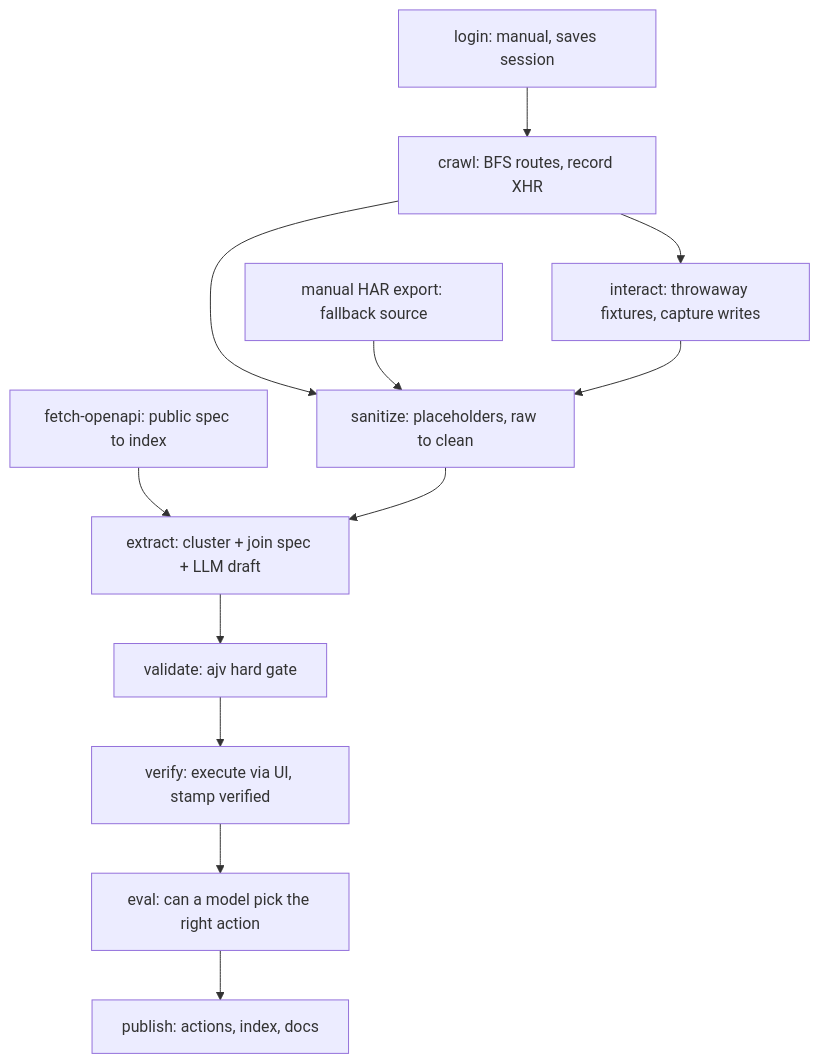
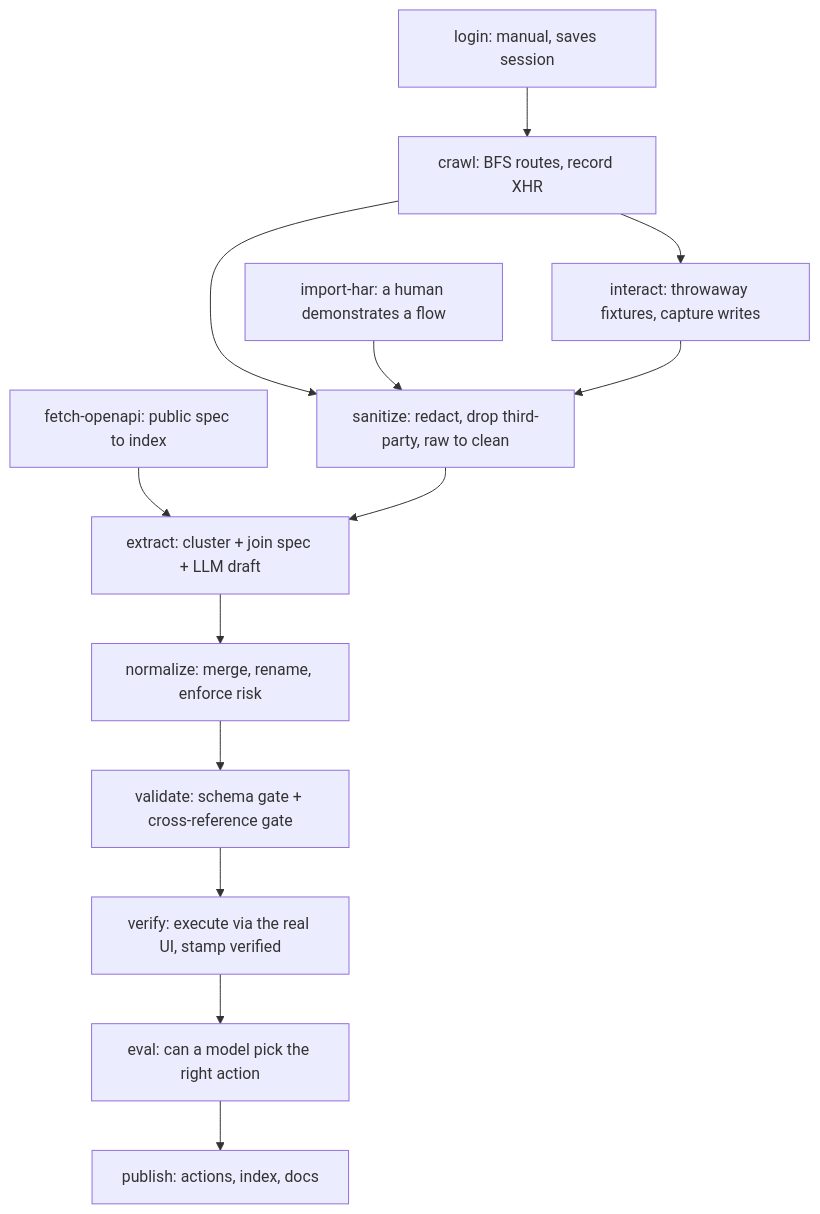
Before and after one commit to WeineOlliver/brevo-agent-catalog: the diagram in README.md, drawn with Mermaid. The commit also changed other lines of this file and 2 other files, not shown here.

````diff
--- a/README.md
+++ b/README.md
@@ -102,15 +128,16 @@
 ```mermaid
 flowchart TD
     S0[fetch-openapi: public spec to index] --> S4
     S1[login: manual, saves session] --> S2
     S2[crawl: BFS routes, record XHR] --> S3
-    H[manual HAR export: fallback source] --> S3
+    H[import-har: a human demonstrates a flow] --> S3
     S2 --> I[interact: throwaway fixtures, capture writes]
     I --> S3
-    S3[sanitize: placeholders, raw to clean] --> S4
-    S4[extract: cluster + join spec + LLM draft] --> S5
-    S5[validate: ajv hard gate] --> S6
-    S6[verify: execute via UI, stamp verified] --> S7
+    S3[sanitize: redact, drop third-party, raw to clean] --> S4
+    S4[extract: cluster + join spec + LLM draft] --> N
+    N[normalize: merge, rename, enforce risk] --> S5
+    S5[validate: schema gate + cross-reference gate] --> S6
+    S6[verify: execute via the real UI, stamp verified] --> S7
     S7[eval: can a model pick the right action] --> S8
     S8[publish: actions, index, docs]
 ```
````
